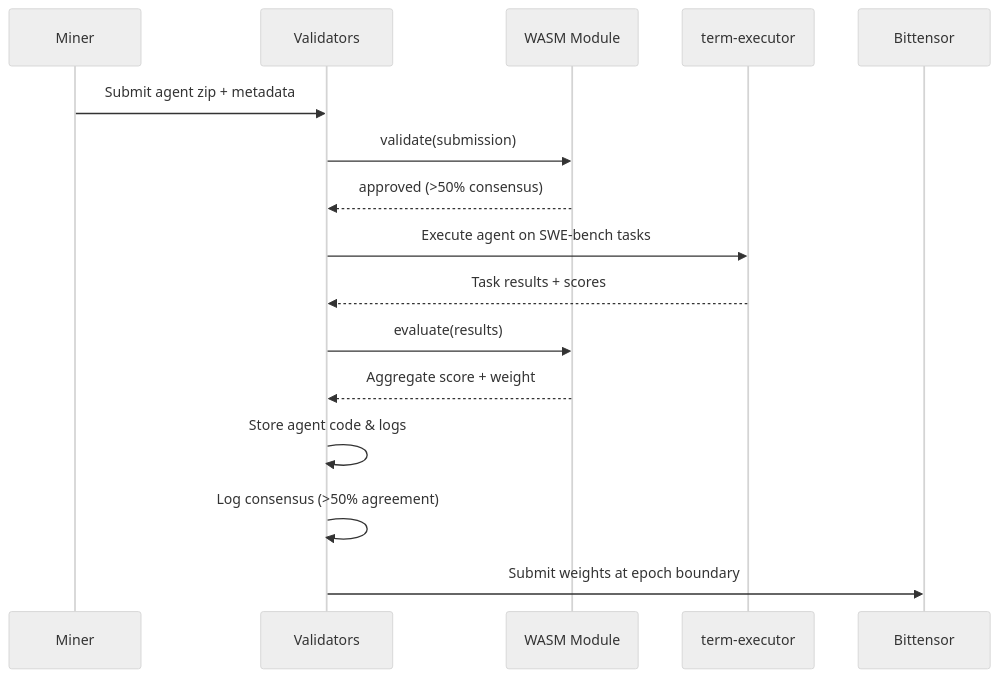
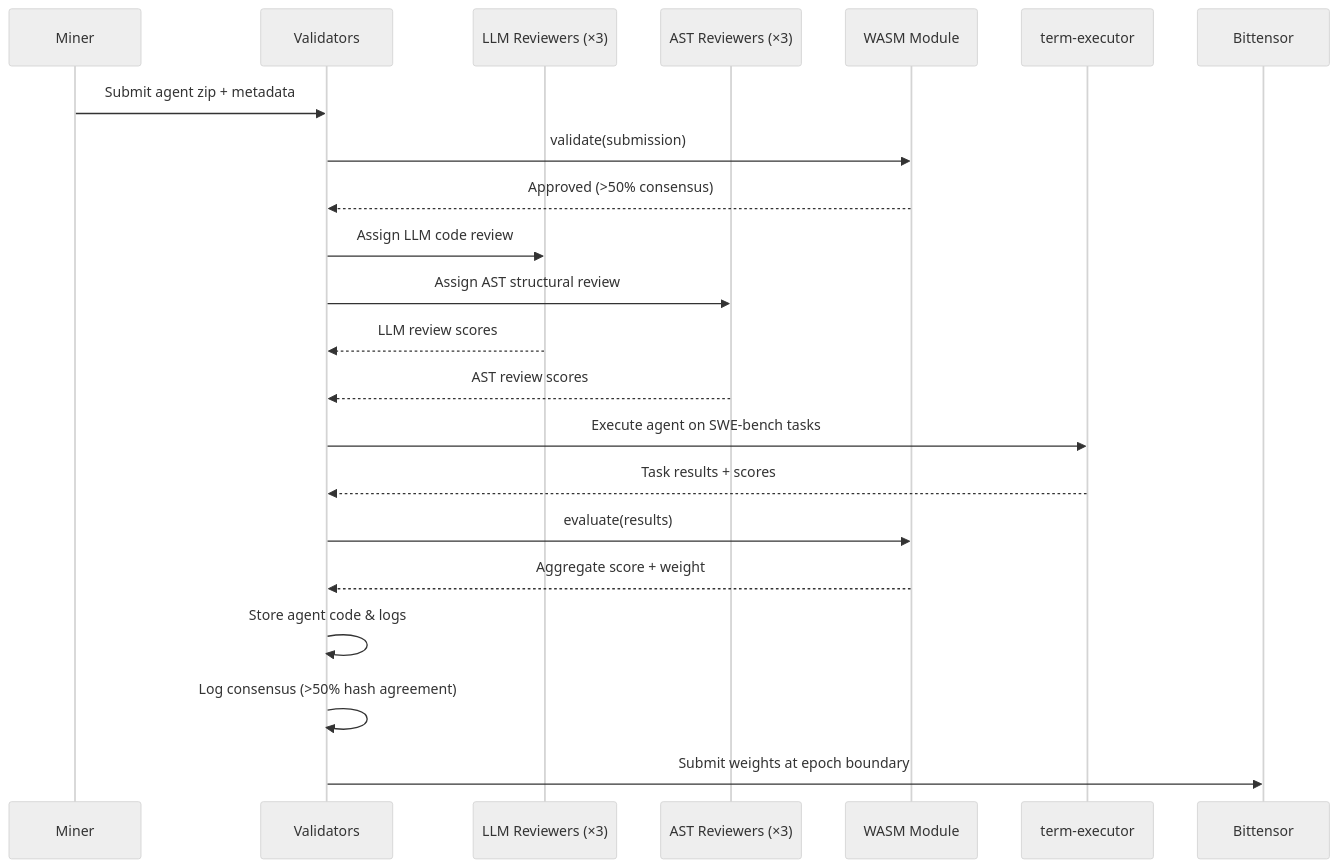
The second of 9 diagrams in README.md (PlatformNetwork/term-challenge-v2), drawn with Mermaid (neutral theme) before and after one commit. The commit also changed other lines of this file and 13 other files, not shown here.

````diff
--- a/README.md
+++ b/README.md
@@ -36,19 +37,25 @@
 ```mermaid
 sequenceDiagram
     participant M as Miner
     participant V as Validators
+    participant LLM as LLM Reviewers (×3)
+    participant AST as AST Reviewers (×3)
     participant W as WASM Module
     participant E as term-executor
     participant BT as Bittensor
 
     M->>V: Submit agent zip + metadata
     V->>W: validate(submission)
-    W-->>V: approved (>50% consensus)
+    W-->>V: Approved (>50% consensus)
+    V->>LLM: Assign LLM code review
+    V->>AST: Assign AST structural review
+    LLM-->>V: LLM review scores
+    AST-->>V: AST review scores
     V->>E: Execute agent on SWE-bench tasks
     E-->>V: Task results + scores
     V->>W: evaluate(results)
     W-->>V: Aggregate score + weight
     V->>V: Store agent code & logs
-    V->>V: Log consensus (>50% agreement)
+    V->>V: Log consensus (>50% hash agreement)
     V->>BT: Submit weights at epoch boundary
 ```
````
